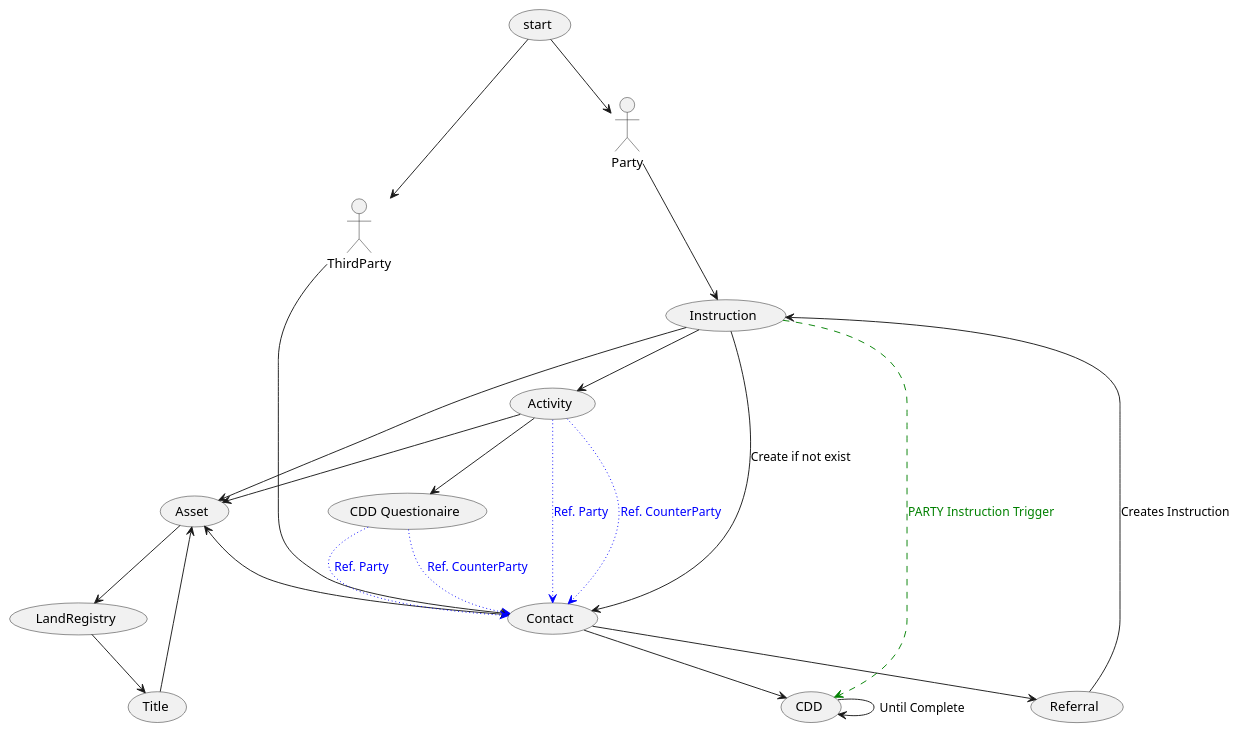
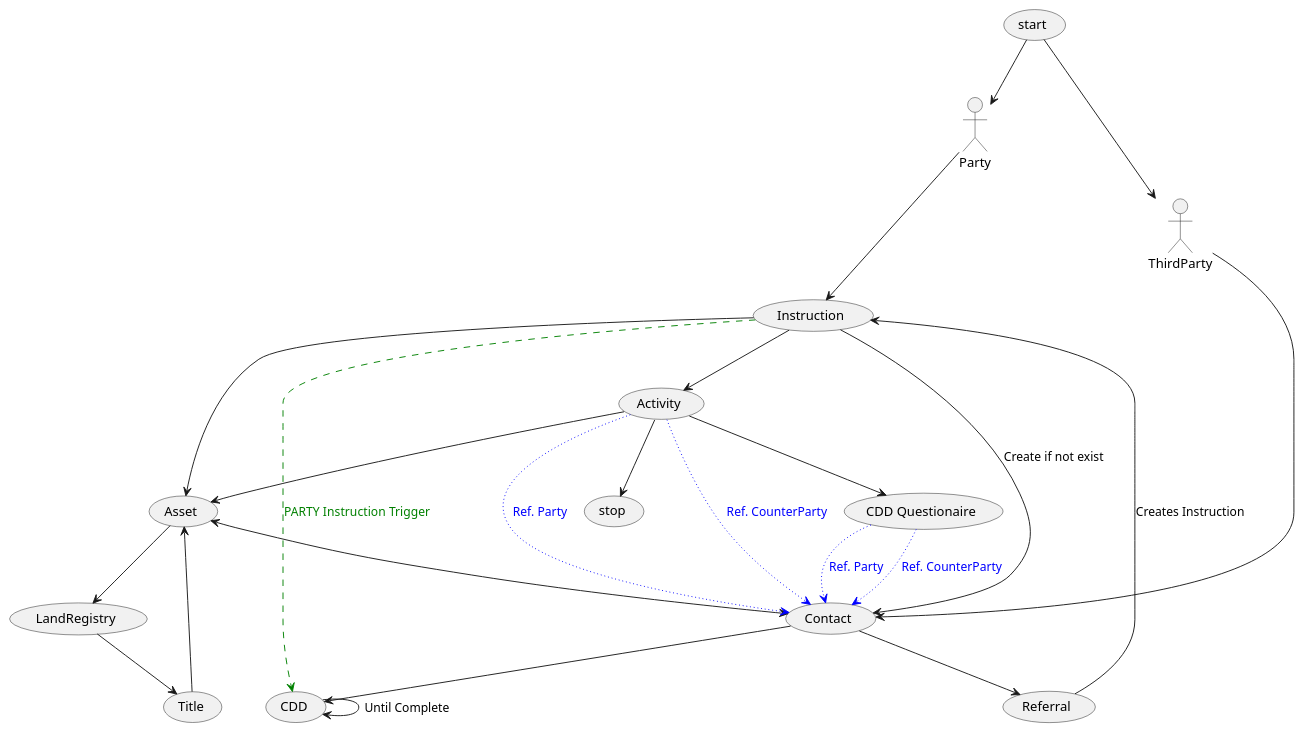
Before and after one commit to Kf-GaryNewport/Kf-GaryNewport.github.io: the diagram in assets/CDD/cdd.puml, drawn with PlantUML.

```diff
--- a/assets/CDD/cdd.puml
+++ b/assets/CDD/cdd.puml
@@ -1,34 +1,35 @@
 @startuml cdd
 
 (start) --> Party
 (start) --> ThirdParty
 Party --> (Instruction)
 ThirdParty --> (Contact)
 (Contact) --> (Referral)
 
 (Instruction) --> (Contact) : Create if not exist
 
 (Referral) --> (Instruction) : Creates Instruction
 (Instruction) --> (Asset)
 (Asset) --> (LandRegistry) 
 (LandRegistry)  --> (Title)
 (Title) --> (Asset)
 (Asset) <--> (Contact)
 (Contact) --> (CDD)
 (CDD) --> (CDD) : Until Complete
 (Instruction) --> (Activity)
 '(Instruction) --> (CDD Questionaire) : TBS
 
 (Activity) --> (Asset)
 (Activity) --> (Contact) #blue;line.dotted;text:blue : Ref. Party
 (Activity) --> (Contact) #blue;line.dotted;text:blue : Ref. CounterParty
 (Activity) --> (CDD Questionaire)
 
 
 (CDD Questionaire) ..> (Contact) #blue;line.dotted;text:blue : Ref. Party
 (CDD Questionaire) ..> (Contact) #blue;line.dotted;text:blue : Ref. CounterParty
 
 '(Activity) ..> (CDD) #green;line.dashed;text:green  : Tenancy Trigger
 (Instruction) ..> (CDD) #green;line.dashed;text:green  : PARTY Instruction Trigger
 
+(Activity) --> (stop)
 @enduml
```
